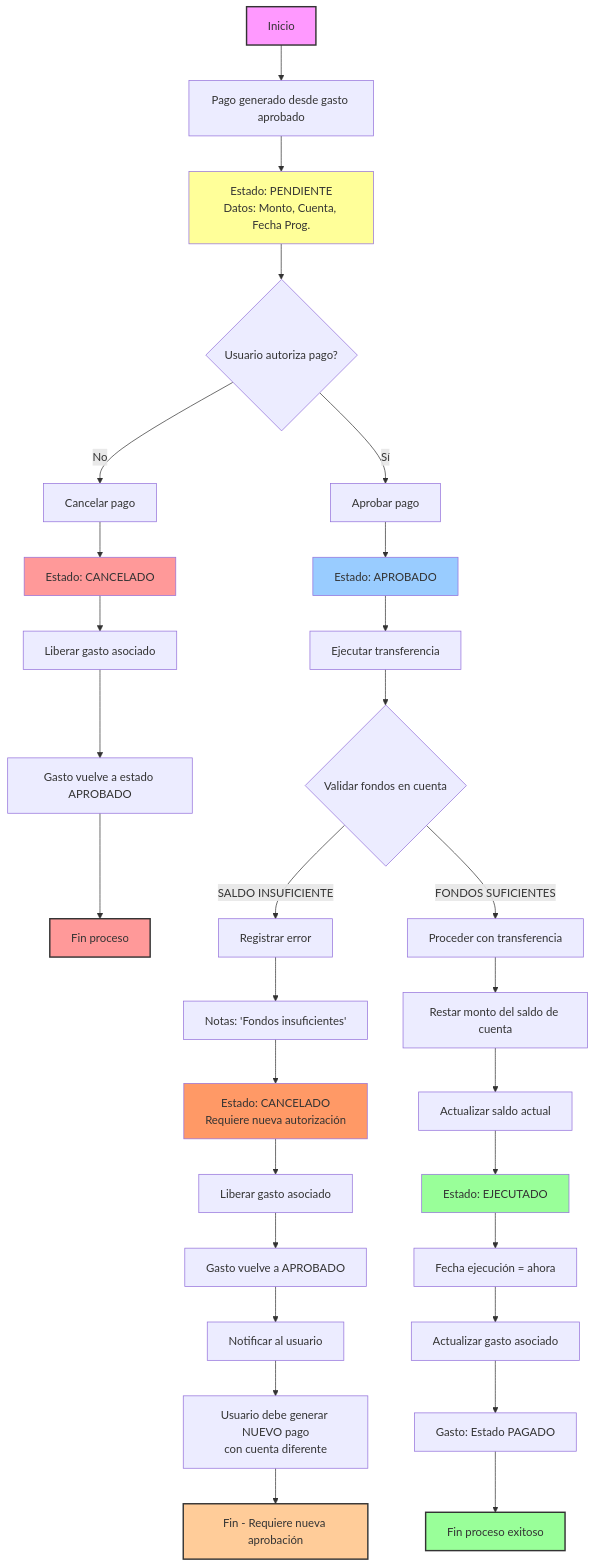
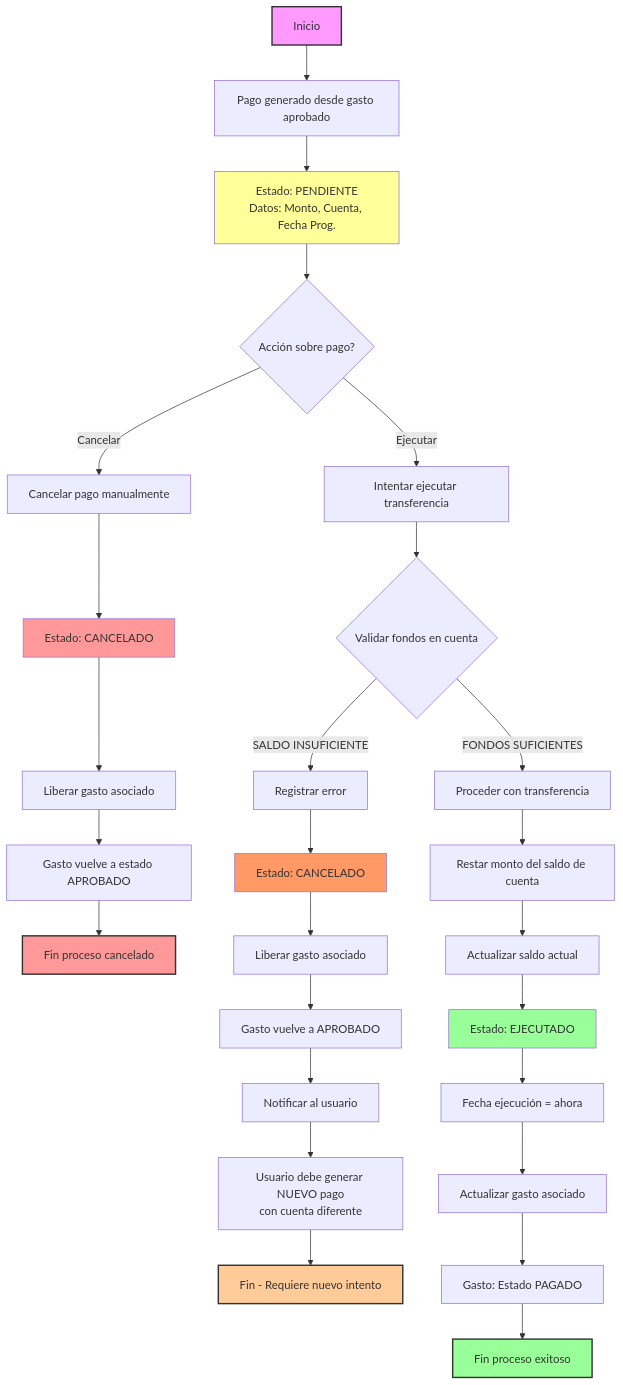
Before and after one commit to IsaacDrp/RGVV-Soluciones-Evaluacion: the second of 3 diagrams in README.md, drawn with Mermaid. The commit also changed 7 other files, not shown here.

````diff
--- a/README.md
+++ b/README.md
@@ -65,45 +65,41 @@
 ```mermaid
 flowchart TD
     A[Inicio] --> B[Pago generado desde gasto aprobado]
     B --> C[Estado: PENDIENTE<br>Datos: Monto, Cuenta, Fecha Prog.]
-    C --> D{Usuario autoriza pago?}
+    C --> D{Acción sobre pago?}
     
-    D -->|No| E[Cancelar pago]
+    D -->|Cancelar| E[Cancelar pago manualmente]
     E --> F[Estado: CANCELADO]
     F --> G[Liberar gasto asociado]
     G --> H[Gasto vuelve a estado APROBADO]
-    H --> I[Fin proceso]
+    H --> I[Fin proceso cancelado]
     
-    D -->|Sí| J[Aprobar pago]
-    J --> K[Estado: APROBADO]
-    K --> L[Ejecutar transferencia]
-    L --> M{Validar fondos en cuenta}
+    D -->|Ejecutar| J[Intentar ejecutar transferencia]
+    J --> K{Validar fondos en cuenta}
     
-    M -->|SALDO INSUFICIENTE| N[Registrar error]
-    N --> O[Notas: 'Fondos insuficientes']
-    O --> P[Estado: CANCELADO<br>Requiere nueva autorización]
-    P --> Q[Liberar gasto asociado]
-    Q --> R[Gasto vuelve a APROBADO]
-    R --> S[Notificar al usuario]
-    S --> T[Usuario debe generar NUEVO pago<br>con cuenta diferente]
-    T --> U[Fin - Requiere nueva aprobación]
+    K -->|SALDO INSUFICIENTE| L[Registrar error]
+    L --> M[Estado: CANCELADO]
+    M --> N[Liberar gasto asociado]
+    N --> O[Gasto vuelve a APROBADO]
+    O --> P[Notificar al usuario]
+    P --> Q[Usuario debe generar NUEVO pago<br>con cuenta diferente]
+    Q --> R[Fin - Requiere nuevo intento]
     
-    M -->|FONDOS SUFICIENTES| V[Proceder con transferencia]
-    V --> W[Restar monto del saldo de cuenta]
-    W --> X[Actualizar saldo actual]
-    X --> Y[Estado: EJECUTADO]
-    Y --> Z[Fecha ejecución = ahora]
-    Z --> AA[Actualizar gasto asociado]
-    AA --> AB[Gasto: Estado PAGADO]
-    AB --> AC[Fin proceso exitoso]
+    K -->|FONDOS SUFICIENTES| S[Proceder con transferencia]
+    S --> T[Restar monto del saldo de cuenta]
+    T --> U[Actualizar saldo actual]
+    U --> V[Estado: EJECUTADO]
+    V --> W[Fecha ejecución = ahora]
+    W --> X[Actualizar gasto asociado]
+    X --> Y[Gasto: Estado PAGADO]
+    Y --> Z[Fin proceso exitoso]
 
     style A fill:#f9f,stroke:#333,stroke-width:2px
     style I fill:#ff9999,stroke:#333,stroke-width:2px
-    style U fill:#ffcc99,stroke:#333,stroke-width:2px
-    style AC fill:#99ff99,stroke:#333,stroke-width:2px
+    style R fill:#ffcc99,stroke:#333,stroke-width:2px
+    style Z fill:#99ff99,stroke:#333,stroke-width:2px
     style C fill:#ffff99
-    style K fill:#99ccff
     style F fill:#ff9999
-    style P fill:#ff9966
-    style Y fill:#99ff99
+    style M fill:#ff9966
+    style V fill:#99ff99
 ```
````
